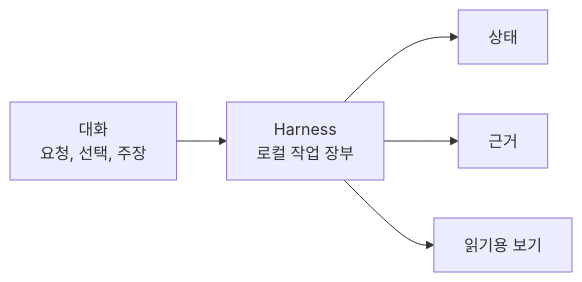
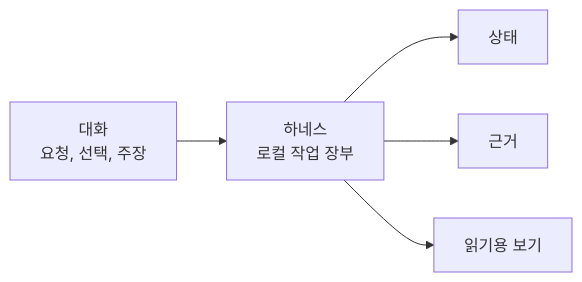
One commit to minjungw00/Harness_Project changed the diagram in docs/ko/learn/overview.md. Above: the diagram before and after it, drawn with Mermaid. The commit also changed other lines of this file and 39 other files, not shown here.

````diff
--- a/docs/ko/learn/overview.md
+++ b/docs/ko/learn/overview.md
@@ -27,7 +27,7 @@
 ```mermaid
 flowchart LR
-  Chat["대화<br/>요청, 선택, 주장"] --> Harness["Harness<br/>로컬 작업 장부"]
-  Harness --> State["상태"]
-  Harness --> Evidence["근거"]
-  Harness --> Views["읽기용 보기"]
+  Chat["대화<br/>요청, 선택, 주장"] --> 하네스["하네스<br/>로컬 작업 장부"]
+  하네스 --> State["상태"]
+  하네스 --> Evidence["근거"]
+  하네스 --> Views["읽기용 보기"]
 ```
````
